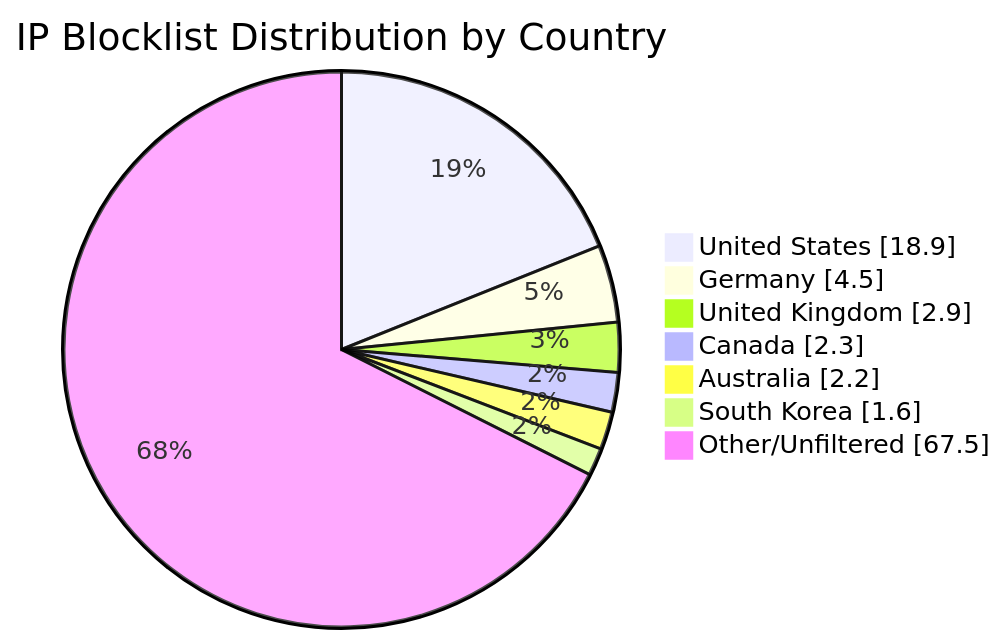
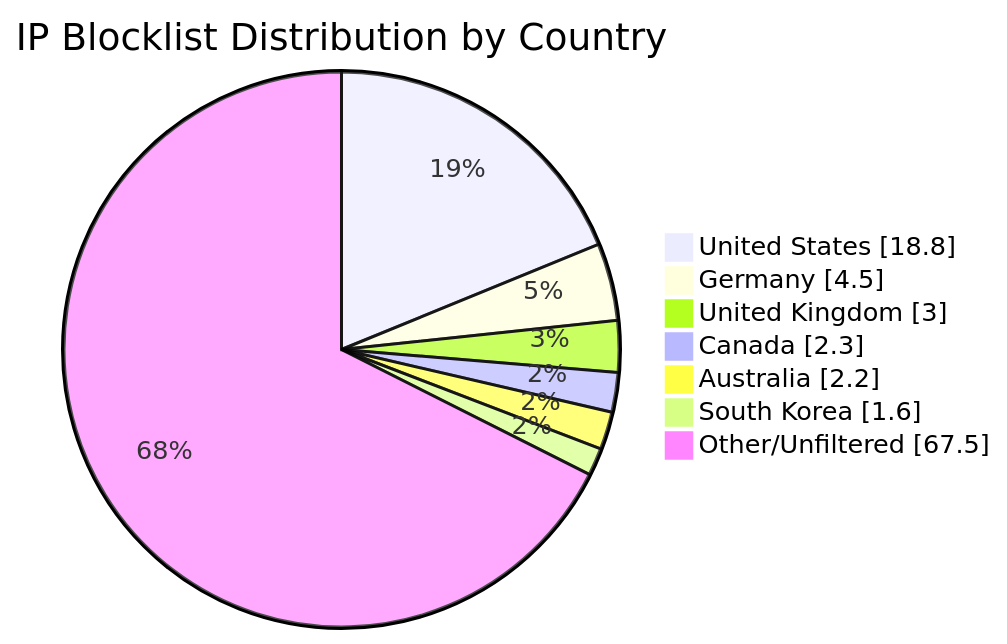
One commit to MarcusHoltz/ipblocklist-geofiltered-aggregator changed the diagram in README.md. Above: the diagram before and after it, drawn with Mermaid. The commit also changed other lines of this file and 9 other files, not shown here.

````diff
--- a/README.md
+++ b/README.md
@@ -34,10 +34,10 @@
 ```mermaid
 pie showData title IP Blocklist Distribution by Country
-"United States" : 18.9
+"United States" : 18.8
 "Germany" : 4.5
-"United Kingdom" : 2.9
+"United Kingdom" : 3.0
 "Canada" : 2.3
 "Australia" : 2.2
 "South Korea" : 1.6
 "Other/Unfiltered" : 67.5
 ```
````
